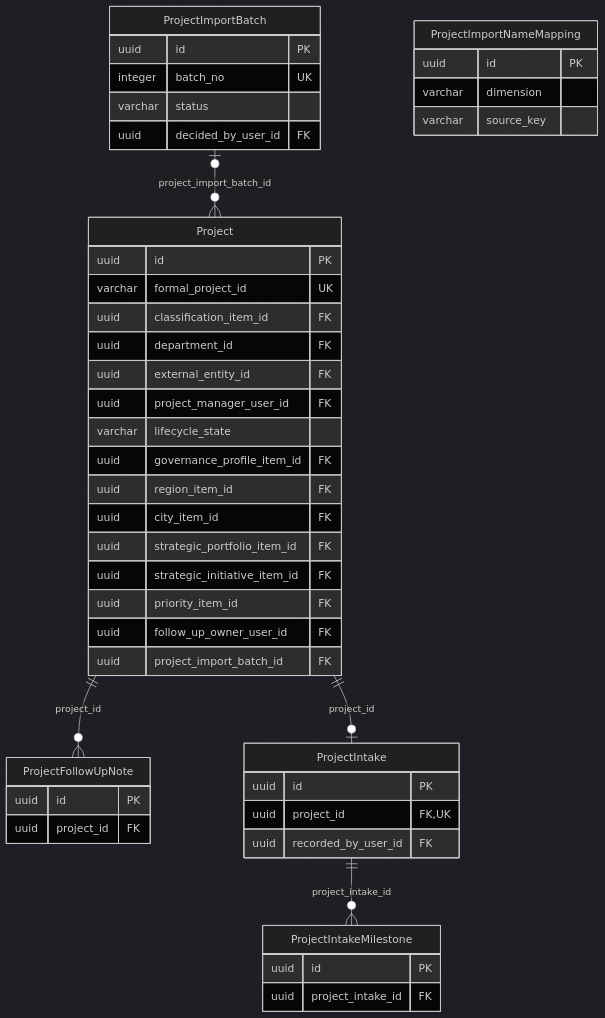
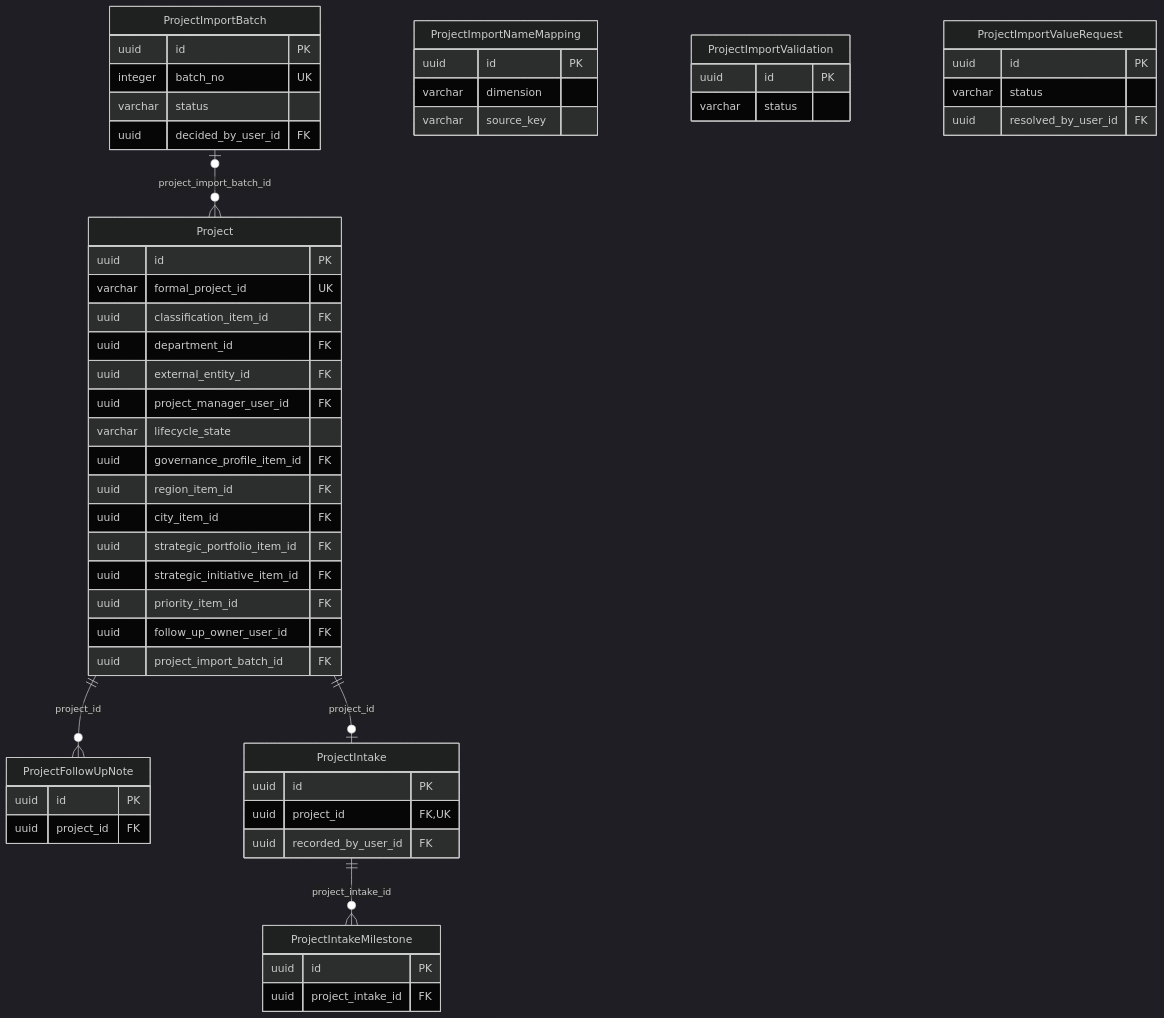
The fourth of 22 diagrams in docs/architecture/erd.md (baderalhindi/ImplementW), drawn with Mermaid (dark theme) before and after one commit. The commit also changed other lines of this file and 75 other files, not shown here.

First line of the commit message:
feat: period filter, calculated entity compliance, background validation and value requests

````diff
--- a/docs/architecture/erd.md
+++ b/docs/architecture/erd.md
@@ -411,48 +411,57 @@
 ```mermaid
 erDiagram
     Project {
         uuid id PK
         varchar formal_project_id UK
         uuid classification_item_id FK
         uuid department_id FK
         uuid external_entity_id FK
         uuid project_manager_user_id FK
         varchar lifecycle_state
         uuid governance_profile_item_id FK
         uuid region_item_id FK
         uuid city_item_id FK
         uuid strategic_portfolio_item_id FK
         uuid strategic_initiative_item_id FK
         uuid priority_item_id FK
         uuid follow_up_owner_user_id FK
         uuid project_import_batch_id FK
     }
     ProjectFollowUpNote {
         uuid id PK
         uuid project_id FK
     }
     ProjectImportBatch {
         uuid id PK
         integer batch_no UK
         varchar status
         uuid decided_by_user_id FK
     }
     ProjectImportNameMapping {
         uuid id PK
         varchar dimension
         varchar source_key
     }
+    ProjectImportValidation {
+        uuid id PK
+        varchar status
+    }
+    ProjectImportValueRequest {
+        uuid id PK
+        varchar status
+        uuid resolved_by_user_id FK
+    }
     ProjectIntake {
         uuid id PK
         uuid project_id FK, UK
         uuid recorded_by_user_id FK
     }
     ProjectIntakeMilestone {
         uuid id PK
         uuid project_intake_id FK
     }
     Project ||--o| ProjectIntake : "project_id"
     ProjectIntake ||--o{ ProjectIntakeMilestone : "project_intake_id"
     Project ||--o{ ProjectFollowUpNote : "project_id"
     ProjectImportBatch |o--o{ Project : "project_import_batch_id"
 ```
````
